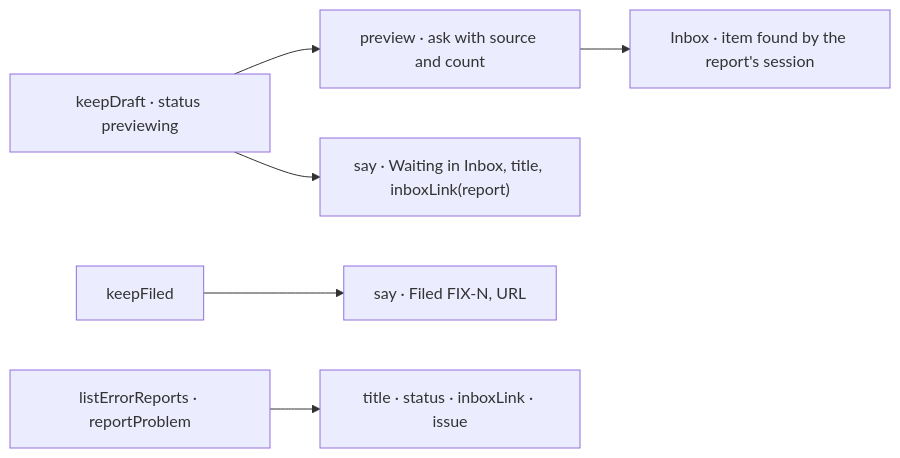
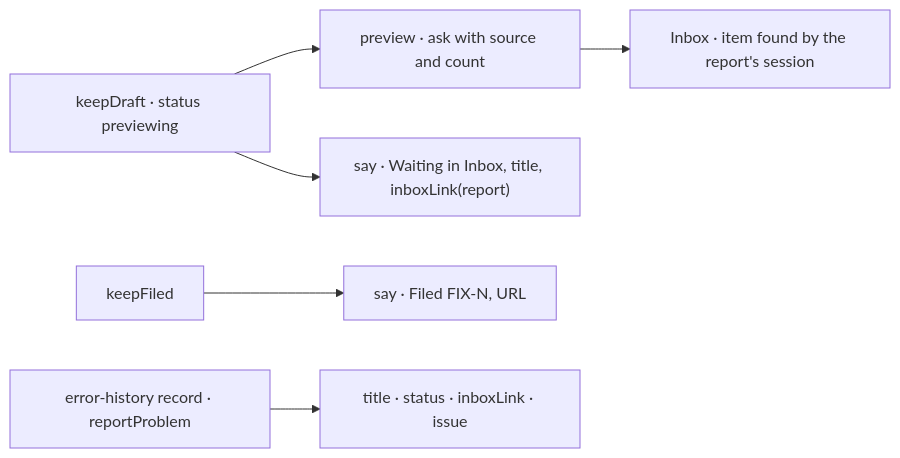
Before and after one commit to fixpoint-labs/flow-state-dev: the third of 3 diagrams in specs/issues/FIX-2791/SPEC.md, drawn with Mermaid. The commit also changed other lines of this file and 3 other files, not shown here.

````diff
--- a/specs/issues/FIX-2791/SPEC.md
+++ b/specs/issues/FIX-2791/SPEC.md
@@ -99,8 +99,8 @@
 ```mermaid
 flowchart LR
   K["keepDraft · status previewing"] --> P["preview · ask with source and count"]
   K --> S["say · Waiting in Inbox, title, inboxLink(report)"]
   P --> IB["Inbox · item found by the report's session"]
   F["keepFiled"] --> S2["say · Filed FIX-N, URL"]
-  T["listErrorReports · reportProblem"] --> R["title · status · inboxLink · issue"]
+  T["error-history record · reportProblem"] --> R["title · status · inboxLink · issue"]
 ```
````
